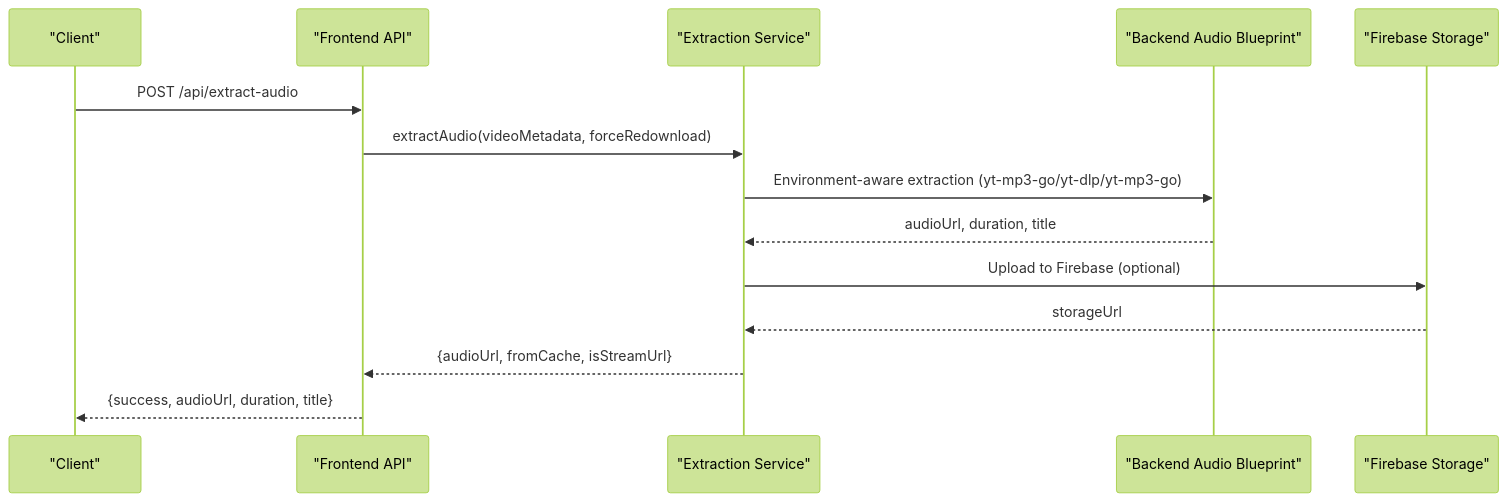
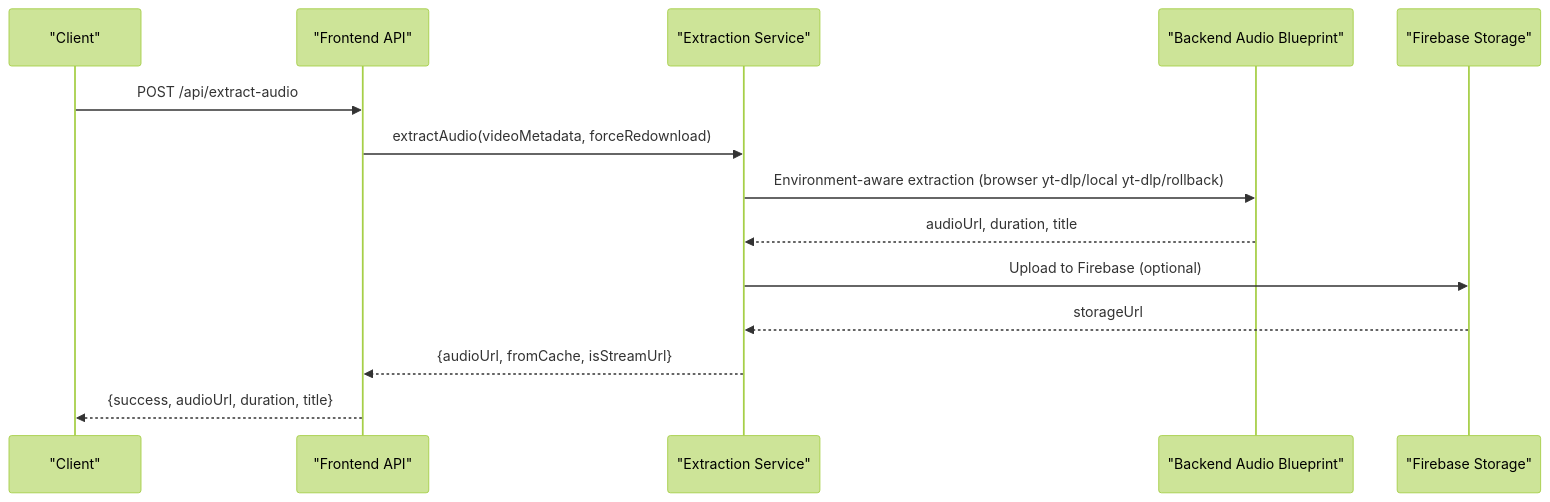
Before and after one commit to ptnghia-j/ChordMiniApp: the second of 10 diagrams in .qoder/repowiki/en/content/Architecture and Design/Backend Architecture/Blueprint Organization/Audio Blueprint.md, drawn with Mermaid (forest theme). The commit also changed other lines of this file and 60 other files, not shown here.

````diff
--- a/.qoder/repowiki/en/content/Architecture and Design/Backend Architecture/Blueprint Organization/Audio Blueprint.md
+++ b/.qoder/repowiki/en/content/Architecture and Design/Backend Architecture/Blueprint Organization/Audio Blueprint.md
@@ -122,16 +122,16 @@
 ```mermaid
 sequenceDiagram
 participant Client as "Client"
 participant FE as "Frontend API"
 participant SVC as "Extraction Service"
 participant BK as "Backend Audio Blueprint"
 participant FB as "Firebase Storage"
 Client->>FE : POST /api/extract-audio
 FE->>SVC : extractAudio(videoMetadata, forceRedownload)
-SVC->>BK : Environment-aware extraction (yt-mp3-go/yt-dlp/yt-mp3-go)
+SVC->>BK : Environment-aware extraction (browser yt-dlp/local yt-dlp/rollback)
 BK-->>SVC : audioUrl, duration, title
 SVC->>FB : Upload to Firebase (optional)
 FB-->>SVC : storageUrl
 SVC-->>FE : {audioUrl, fromCache, isStreamUrl}
 FE-->>Client : {success, audioUrl, duration, title}
 ```
````
